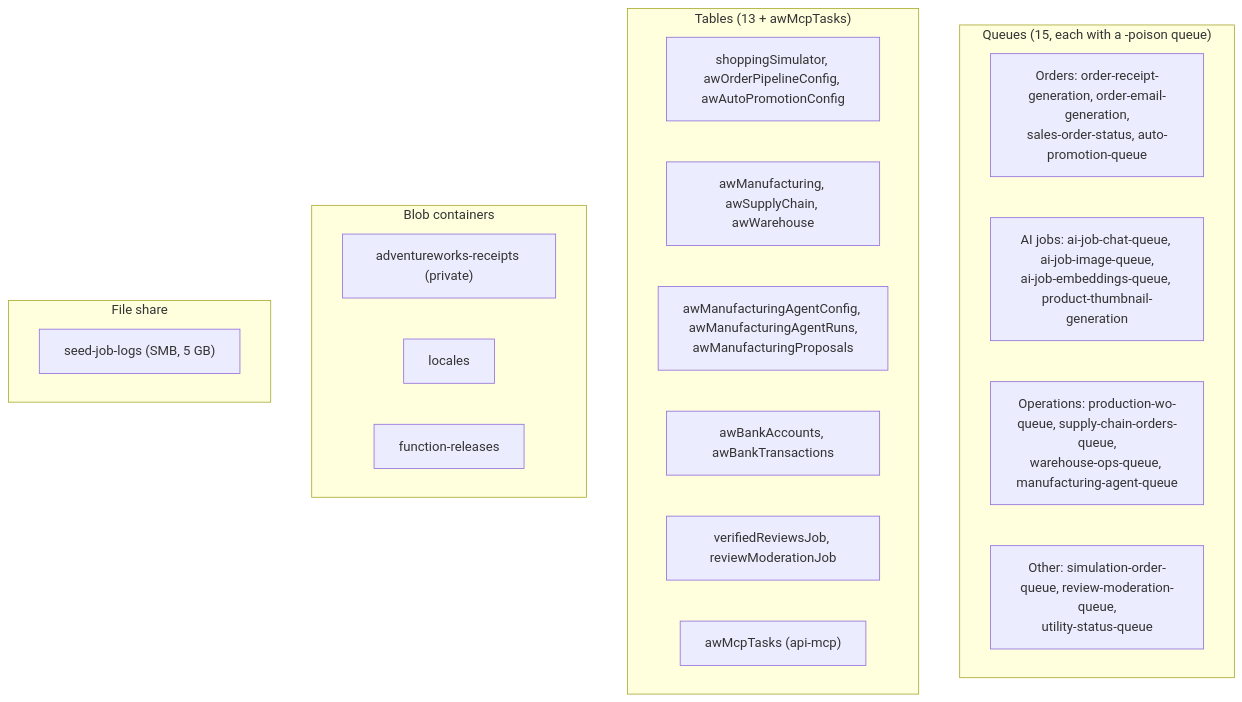
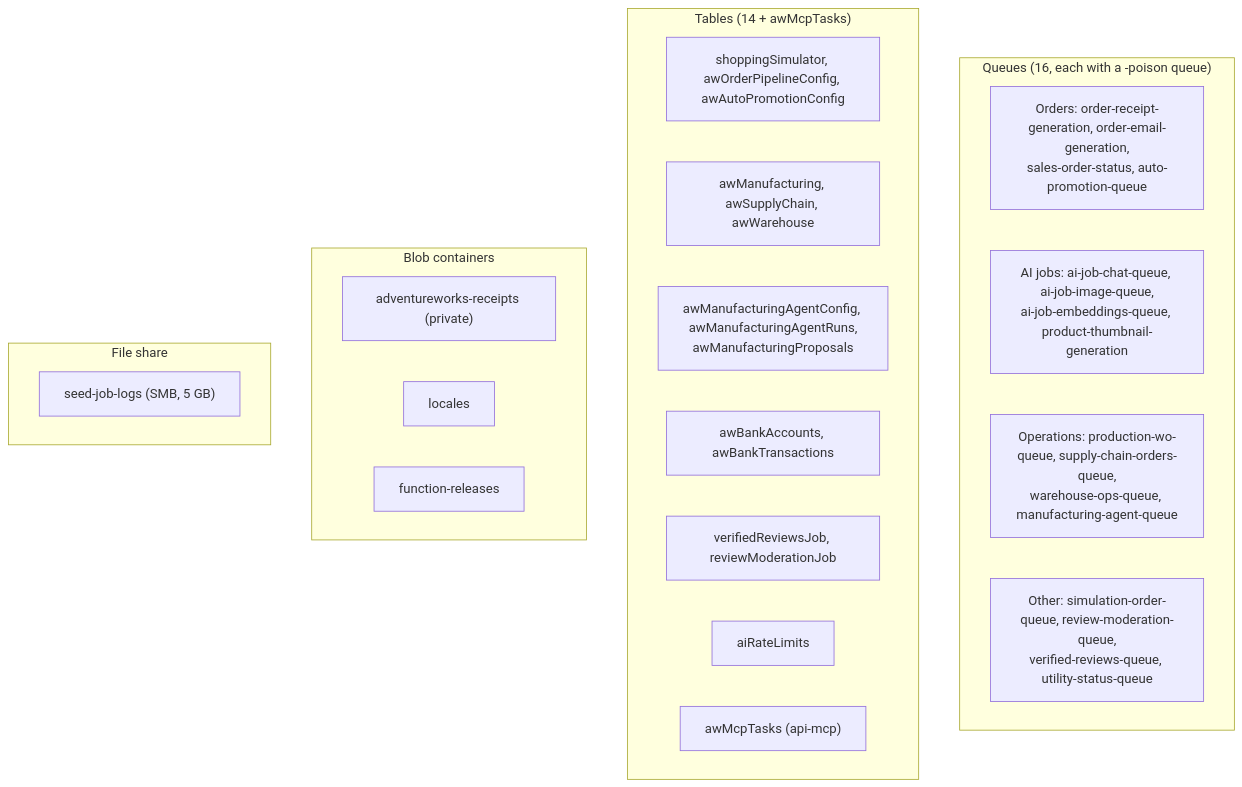
One commit to ahems/AdventureWorks changed the third of 3 diagrams in docs/architecture/data-stores.md. Above: the diagram before and after it, drawn with Mermaid. The commit also changed other lines of this file and 453 other files, not shown here.

````diff
--- a/docs/architecture/data-stores.md
+++ b/docs/architecture/data-stores.md
@@ -143,25 +144,26 @@
 ```mermaid
 flowchart TB
-  subgraph queues["Queues (15, each with a -poison queue)"]
+  subgraph queues["Queues (16, each with a -poison queue)"]
     qo["Orders: order-receipt-generation, order-email-generation,<br/>sales-order-status, auto-promotion-queue"]
     qai["AI jobs: ai-job-chat-queue, ai-job-image-queue,<br/>ai-job-embeddings-queue, product-thumbnail-generation"]
     qm["Operations: production-wo-queue, supply-chain-orders-queue,<br/>warehouse-ops-queue, manufacturing-agent-queue"]
-    qs["Other: simulation-order-queue, review-moderation-queue,<br/>utility-status-queue"]
+    qs["Other: simulation-order-queue, review-moderation-queue,<br/>verified-reviews-queue, utility-status-queue"]
   end
-  subgraph tables["Tables (13 + awMcpTasks)"]
+  subgraph tables["Tables (14 + awMcpTasks)"]
     tsim["shoppingSimulator, awOrderPipelineConfig, awAutoPromotionConfig"]
     tmfg["awManufacturing, awSupplyChain, awWarehouse"]
     tagent["awManufacturingAgentConfig, awManufacturingAgentRuns,<br/>awManufacturingProposals"]
     tbank["awBankAccounts, awBankTransactions"]
     trev["verifiedReviewsJob, reviewModerationJob"]
+    tai["aiRateLimits"]
     tmcp["awMcpTasks (api-mcp)"]
   end
   subgraph blobs["Blob containers"]
     b1["adventureworks-receipts (private)"]
     b2["locales"]
     b3["function-releases"]
   end
   subgraph files["File share"]
     f1["seed-job-logs (SMB, 5 GB)"]
   end
 ```
````
